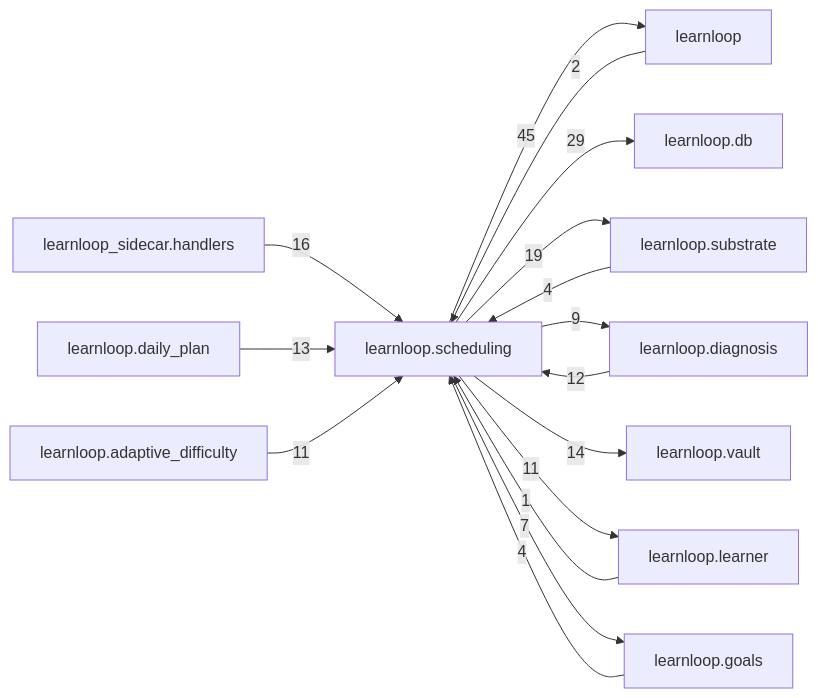
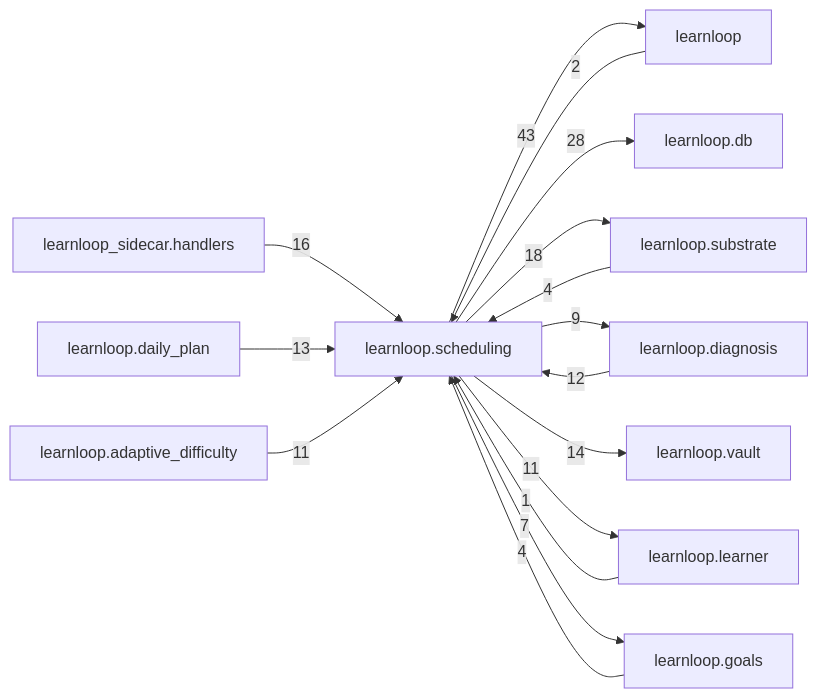
One commit to 6up-b/learnanything changed the diagram in docs/learnloop-architecture-vault/Reference/Modules/learnloop/scheduling/_package.md. Above: the diagram before and after it, drawn with Mermaid. The commit also changed other lines of this file and 181 other files, not shown here.

````diff
--- a/docs/learnloop-architecture-vault/Reference/Modules/learnloop/scheduling/_package.md
+++ b/docs/learnloop-architecture-vault/Reference/Modules/learnloop/scheduling/_package.md
@@ -190,29 +188,29 @@
 ```mermaid
 flowchart LR
     center["learnloop.scheduling"]
     n_learnloop["learnloop"]
     n_learnloop_db["learnloop.db"]
     n_learnloop_substrate["learnloop.substrate"]
     n_learnloop_diagnosis["learnloop.diagnosis"]
     n_learnloop_sidecar_handlers["learnloop_sidecar.handlers"]
     n_learnloop_vault["learnloop.vault"]
     n_learnloop_daily_plan["learnloop.daily_plan"]
     n_learnloop_learner["learnloop.learner"]
     n_learnloop_adaptive_difficulty["learnloop.adaptive_difficulty"]
     n_learnloop_goals["learnloop.goals"]
     n_learnloop -->|2| center
-    center -->|45| n_learnloop
-    center -->|29| n_learnloop_db
+    center -->|43| n_learnloop
+    center -->|28| n_learnloop_db
     n_learnloop_substrate -->|4| center
-    center -->|19| n_learnloop_substrate
+    center -->|18| n_learnloop_substrate
     n_learnloop_diagnosis -->|12| center
     center -->|9| n_learnloop_diagnosis
     n_learnloop_sidecar_handlers -->|16| center
     center -->|14| n_learnloop_vault
     n_learnloop_daily_plan -->|13| center
     n_learnloop_learner -->|1| center
     center -->|11| n_learnloop_learner
     n_learnloop_adaptive_difficulty -->|11| center
     n_learnloop_goals -->|4| center
     center -->|7| n_learnloop_goals
 ```
````
